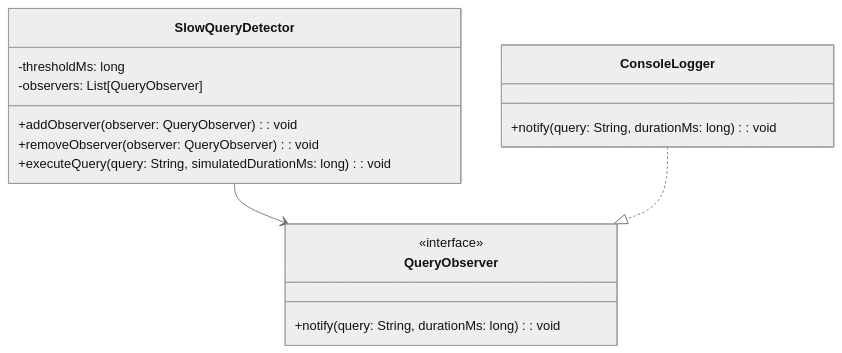
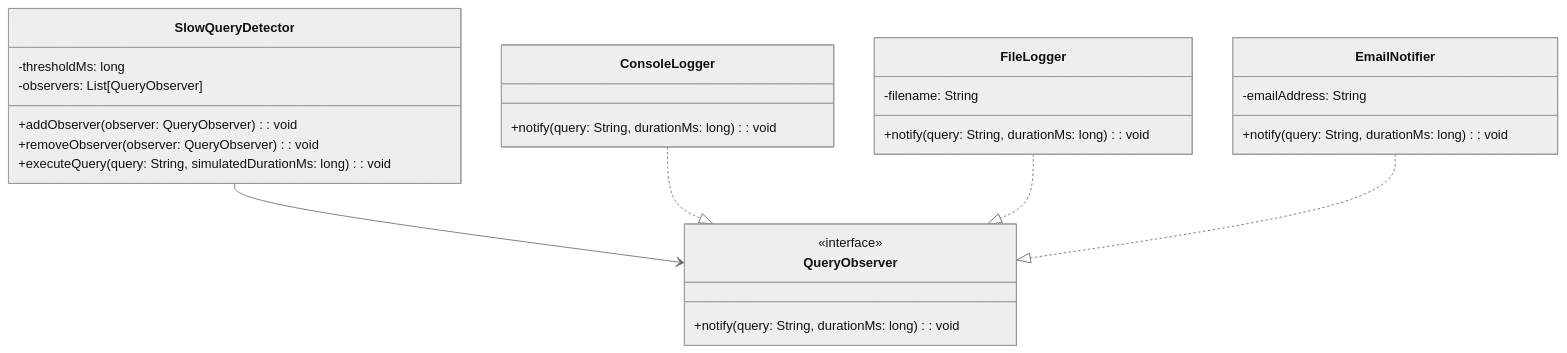
The diagram in java/hibernate-slow-query-detector/README.md (rbleggi/tech-pocs), drawn with Mermaid (neutral theme) before and after one commit.

Commit message:
update readme with new observers

````diff
--- a/java/hibernate-slow-query-detector/README.md
+++ b/java/hibernate-slow-query-detector/README.md
@@ -14,22 +14,32 @@
 ```mermaid
 classDiagram
     direction TB
 
     class QueryObserver {
         <<interface>>
         +notify(query: String, durationMs: long): void
     }
     class SlowQueryDetector {
         -thresholdMs: long
         -observers: List[QueryObserver]
         +addObserver(observer: QueryObserver): void
         +removeObserver(observer: QueryObserver): void
         +executeQuery(query: String, simulatedDurationMs: long): void
     }
     class ConsoleLogger {
         +notify(query: String, durationMs: long): void
     }
+    class FileLogger {
+        -filename: String
+        +notify(query: String, durationMs: long): void
+    }
+    class EmailNotifier {
+        -emailAddress: String
+        +notify(query: String, durationMs: long): void
+    }
 
     SlowQueryDetector --> QueryObserver
     ConsoleLogger ..|> QueryObserver
+    FileLogger ..|> QueryObserver
+    EmailNotifier ..|> QueryObserver
 ```
````
